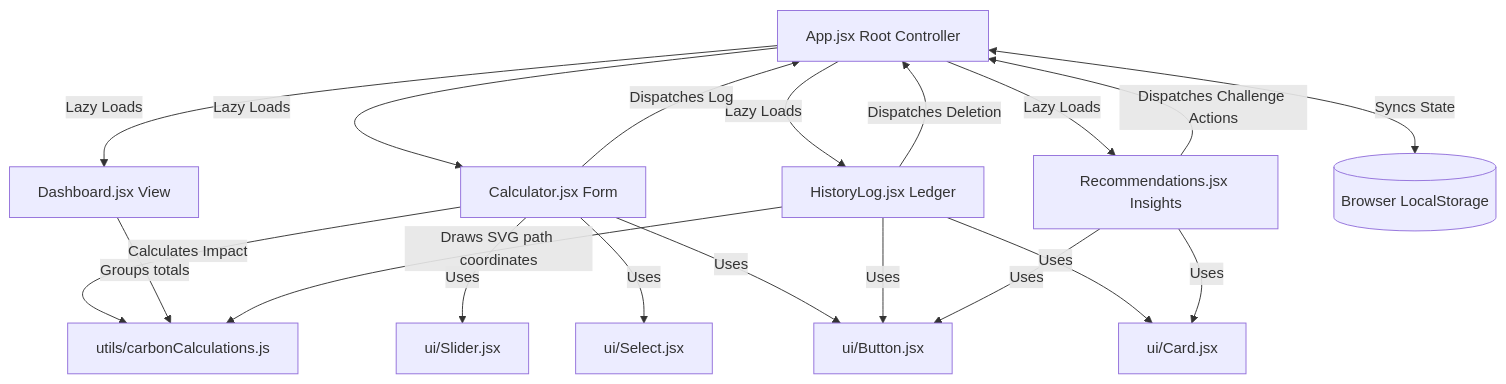
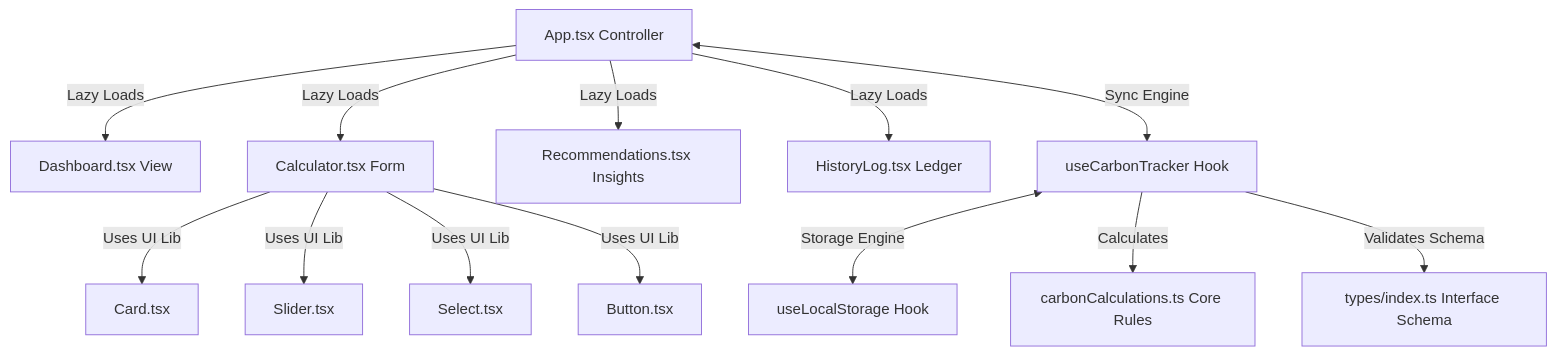
Before and after one commit to sripooja07/Carbon_Footprint_Awareness_Platform: the diagram in README.md, drawn with Mermaid. The commit also changed other lines of this file and 88 other files, not shown here.

Commit message:
feat: complete typescript conversion, decoupled state hook architecture, prettier configuration, and CI workflows

````diff
--- a/README.md
+++ b/README.md
@@ -13,26 +11,17 @@
 ```mermaid
 graph TD
-  App[App.jsx Root Controller] -->|Lazy Loads| Dashboard[Dashboard.jsx View]
-  App -->|Lazy Loads| Calculator[Calculator.jsx Form]
-  App -->|Lazy Loads| Recommendations[Recommendations.jsx Insights]
-  App -->|Lazy Loads| HistoryLog[HistoryLog.jsx Ledger]
+  App[App.tsx Controller] -->|Lazy Loads| Dashboard[Dashboard.tsx View]
+  App -->|Lazy Loads| Calculator[Calculator.tsx Form]
+  App -->|Lazy Loads| Recommendations[Recommendations.tsx Insights]
+  App -->|Lazy Loads| HistoryLog[HistoryLog.tsx Ledger]
 
-  App <-->|Syncs State| LocalStorage[(Browser LocalStorage)]
-  
-  Calculator -->|Uses| SliderUI[ui/Slider.jsx]
-  Calculator -->|Uses| SelectUI[ui/Select.jsx]
-  Calculator -->|Uses| ButtonUI[ui/Button.jsx]
-  Calculator -->|Dispatches Log| App
-  
-  HistoryLog -->|Uses| ButtonUI
-  HistoryLog -->|Uses| CardUI[ui/Card.jsx]
-  HistoryLog -->|Dispatches Deletion| App
-  
-  Recommendations -->|Uses| ButtonUI
-  Recommendations -->|Uses| CardUI
-  Recommendations -->|Dispatches Challenge Actions| App
+  App <-->|Sync Engine| useCarbon[useCarbonTracker Hook]
+  useCarbon <-->|Storage Engine| useLocalStorage[useLocalStorage Hook]
+  useCarbon -->|Calculates| Calculations[carbonCalculations.ts Core Rules]
+  useCarbon -->|Validates Schema| Types[types/index.ts Interface Schema]
 
-  Calculator -->|Calculates Impact| Calculations[utils/carbonCalculations.js]
-  Dashboard -->|Groups totals| Calculations
-  HistoryLog -->|Draws SVG path coordinates| Calculations
+  Calculator -->|Uses UI Lib| Card[Card.tsx]
+  Calculator -->|Uses UI Lib| Slider[Slider.tsx]
+  Calculator -->|Uses UI Lib| Select[Select.tsx]
+  Calculator -->|Uses UI Lib| Button[Button.tsx]
 ```
````
